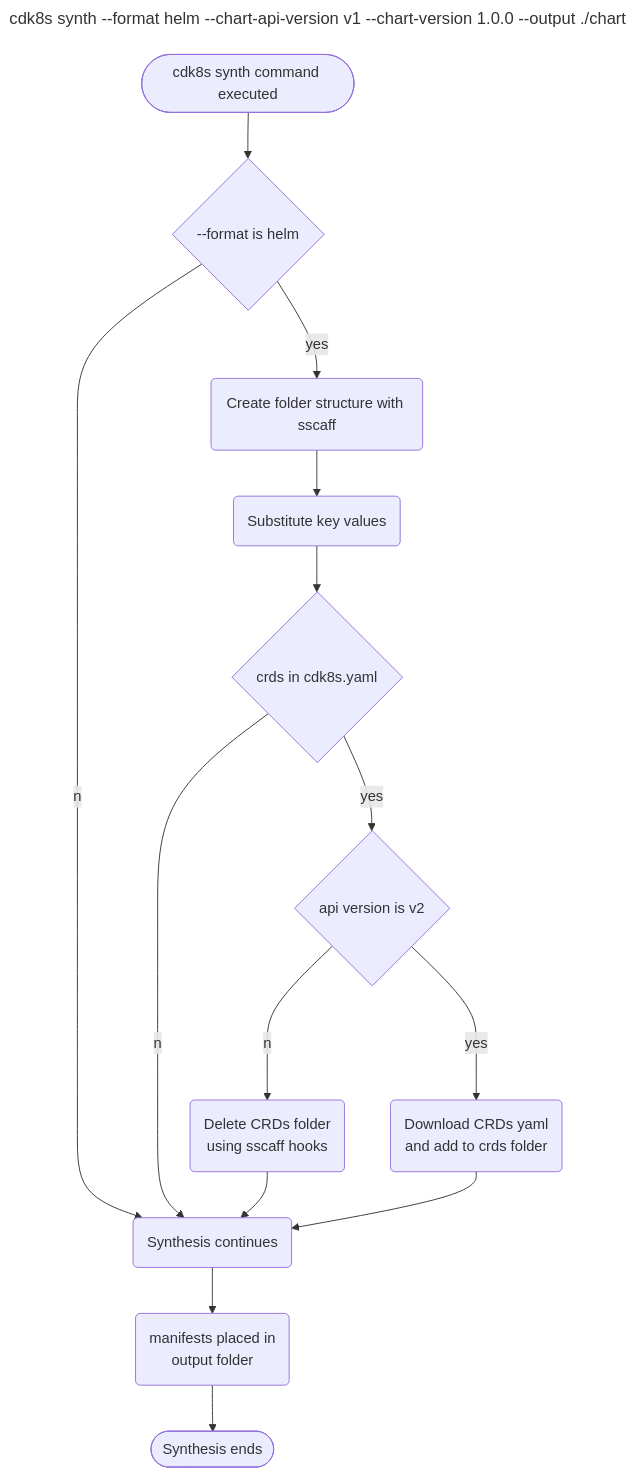
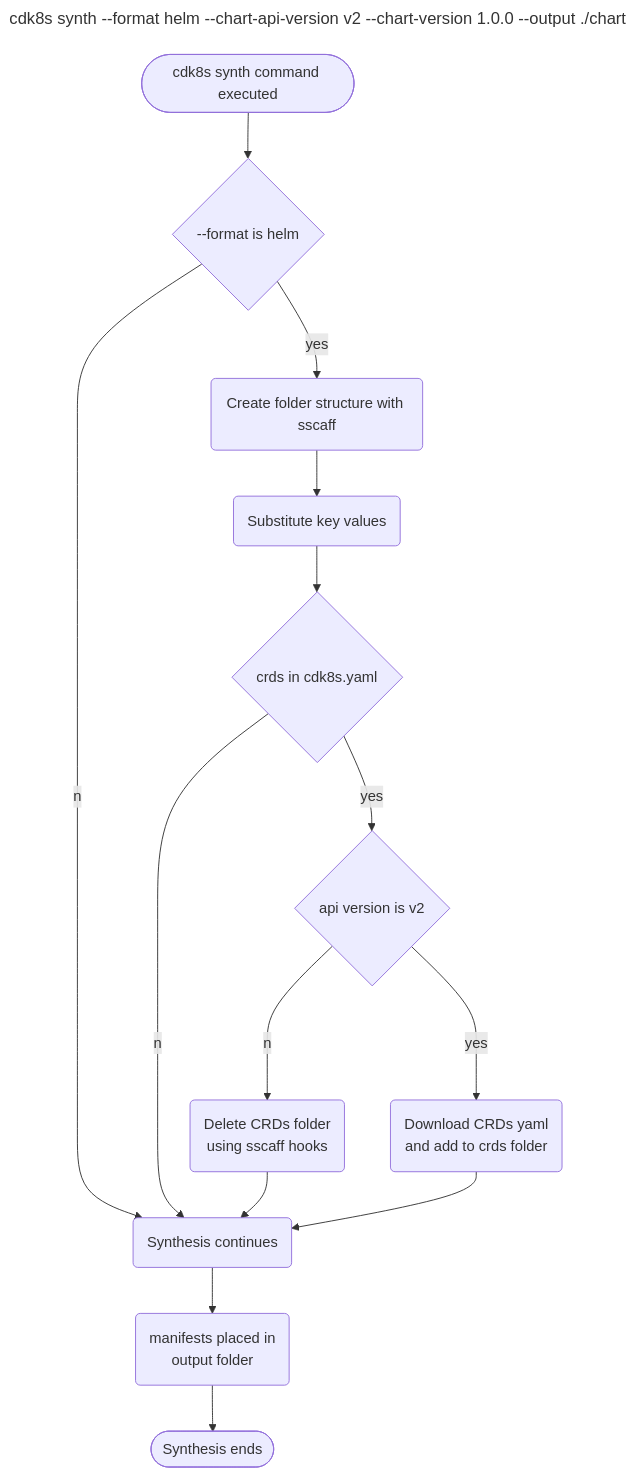
One commit to cdk8s-team/cdk8s changed the diagram in rfc/helm-synthesis.md. Above: the diagram before and after it, drawn with Mermaid. The commit also changed other lines of this file, not shown here.

````diff
--- a/rfc/helm-synthesis.md
+++ b/rfc/helm-synthesis.md
@@ -105,20 +102,20 @@
 ```mermaid
 ---
-title: cdk8s synth --format helm --chart-api-version v1 --chart-version 1.0.0 --output ./chart
+title: cdk8s synth --format helm --chart-api-version v2 --chart-version 1.0.0 --output ./chart
 ---
 flowchart TD
     A([cdk8s synth command executed])
     A --> B{--format is helm} 
     B --no--> C(Synthesis continues)
     B --yes--> D(Create folder structure with sscaff)
     D --> E(Substitute key values)
     E --> F{crds in cdk8s.yaml}
     F --no--> C
     F --yes--> G{api version is v2}
     G --no--> H(Delete CRDs folder \nusing sscaff hooks)
     H --> C
     G --yes--> I(Download CRDs yaml \n and add to crds folder)
     I --> C
     C --> J(manifests placed in \n output folder)
     J --> K([Synthesis ends])
 ```
````
